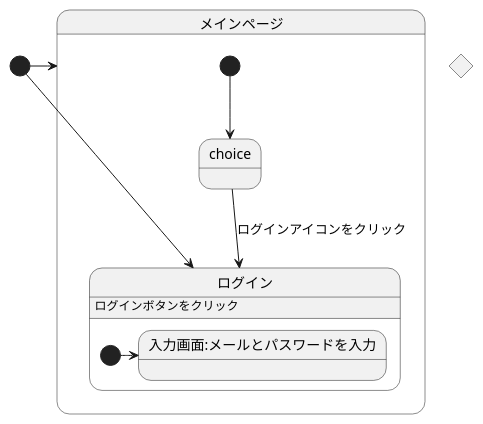
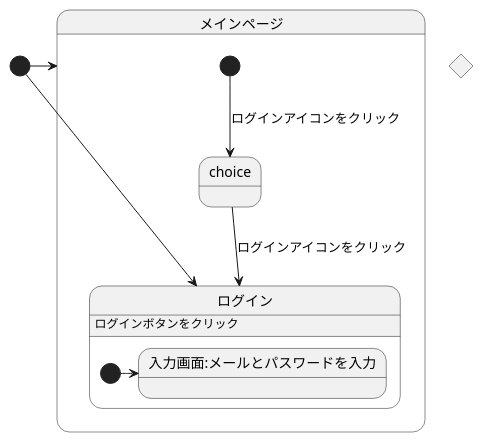
Before and after one commit to akutori/T-D-E: the diagram in UML.md, drawn with PlantUML. The commit also changed 1 other file, not shown here.

Commit message:
あ

````diff
--- a/UML.md
+++ b/UML.md
@@ -1,20 +1,20 @@
 ```uml
 @startuml
 [*]->メインページ
 state メインページ{
-    [*]--> choice
+    [*]--> choice : ログインアイコンをクリック
     choice -->ログイン : ログインアイコンをクリック 
     ログイン:ログインボタンをクリック
 
 }
-
+state input <<choice>>
 [*] -> ログイン
 
 state ログイン{
     [*]-> 入力画面:メールとパスワードを入力
 }
 
-state input <<choice>>
+
 
 @enduml
 ```
````
